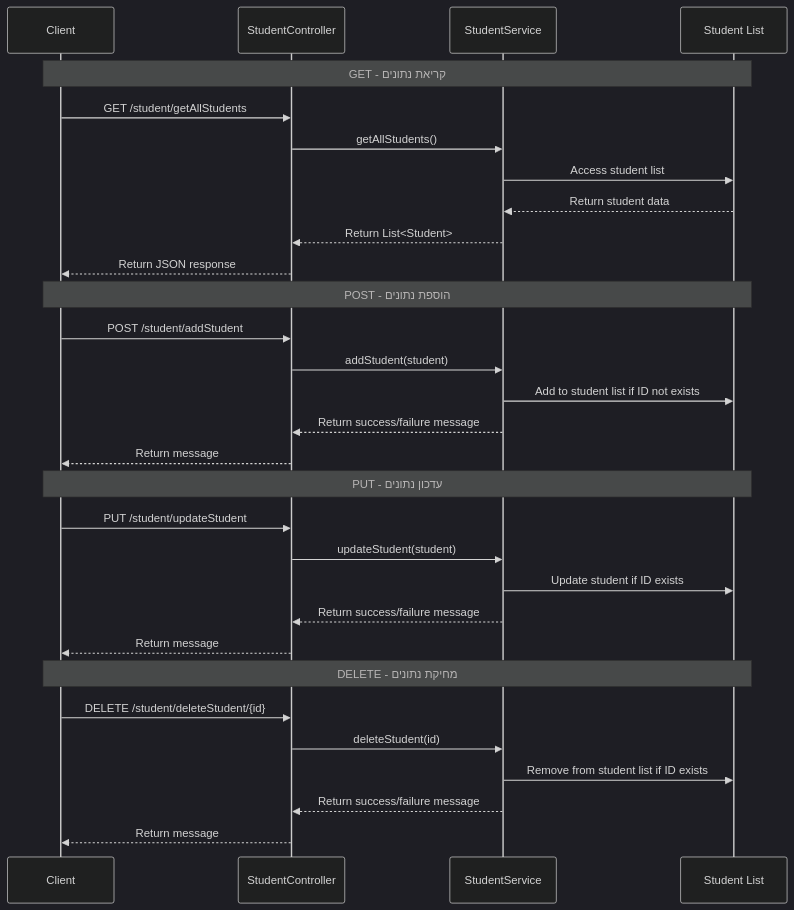
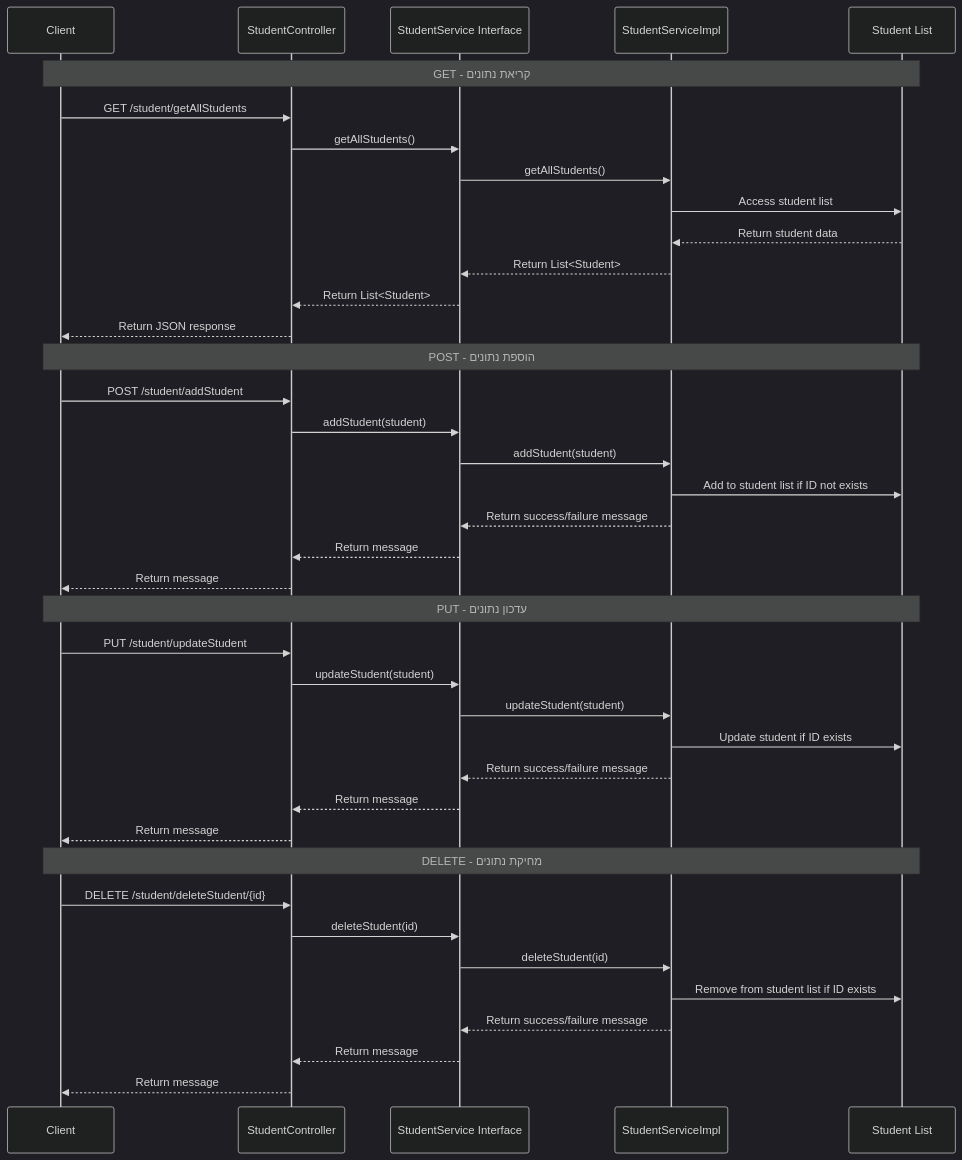
Before and after one commit to EliGuriel/Lesson1: the second of 2 diagrams in Stage4/מדריך מקיף לאפליקציית Spring Boot עם פעולות CRUD.md, drawn with Mermaid (dark theme). The commit also changed other lines of this file and 43 other files, not shown here.

````diff
--- a/Stage4/מדריך מקיף לאפליקציית Spring Boot עם פעולות CRUD.md
+++ b/Stage4/מדריך מקיף לאפליקציית Spring Boot עם פעולות CRUD.md
@@ -202,36 +230,45 @@
 ```mermaid
 sequenceDiagram
     participant Client
     participant Controller as StudentController
-    participant Service as StudentService
+    participant Service as StudentService Interface
+    participant ServiceImpl as StudentServiceImpl
     participant Model as Student List
     
     Note over Client,Model: GET - קריאת נתונים
     Client->>Controller: GET /student/getAllStudents
     Controller->>Service: getAllStudents()
-    Service->>Model: Access student list
-    Model-->>Service: Return student data
+    Service->>ServiceImpl: getAllStudents()
+    ServiceImpl->>Model: Access student list
+    Model-->>ServiceImpl: Return student data
+    ServiceImpl-->>Service: Return List<Student>
     Service-->>Controller: Return List<Student>
     Controller-->>Client: Return JSON response
     
     Note over Client,Model: POST - הוספת נתונים
     Client->>Controller: POST /student/addStudent
     Controller->>Service: addStudent(student)
-    Service->>Model: Add to student list if ID not exists
-    Service-->>Controller: Return success/failure message
+    Service->>ServiceImpl: addStudent(student)
+    ServiceImpl->>Model: Add to student list if ID not exists
+    ServiceImpl-->>Service: Return success/failure message
+    Service-->>Controller: Return message
     Controller-->>Client: Return message
     
     Note over Client,Model: PUT - עדכון נתונים
     Client->>Controller: PUT /student/updateStudent
     Controller->>Service: updateStudent(student)
-    Service->>Model: Update student if ID exists
-    Service-->>Controller: Return success/failure message
+    Service->>ServiceImpl: updateStudent(student)
+    ServiceImpl->>Model: Update student if ID exists
+    ServiceImpl-->>Service: Return success/failure message
+    Service-->>Controller: Return message
     Controller-->>Client: Return message
     
     Note over Client,Model: DELETE - מחיקת נתונים
     Client->>Controller: DELETE /student/deleteStudent/{id}
     Controller->>Service: deleteStudent(id)
-    Service->>Model: Remove from student list if ID exists
-    Service-->>Controller: Return success/failure message
+    Service->>ServiceImpl: deleteStudent(id)
+    ServiceImpl->>Model: Remove from student list if ID exists
+    ServiceImpl-->>Service: Return success/failure message
+    Service-->>Controller: Return message
     Controller-->>Client: Return message
 ```
````
